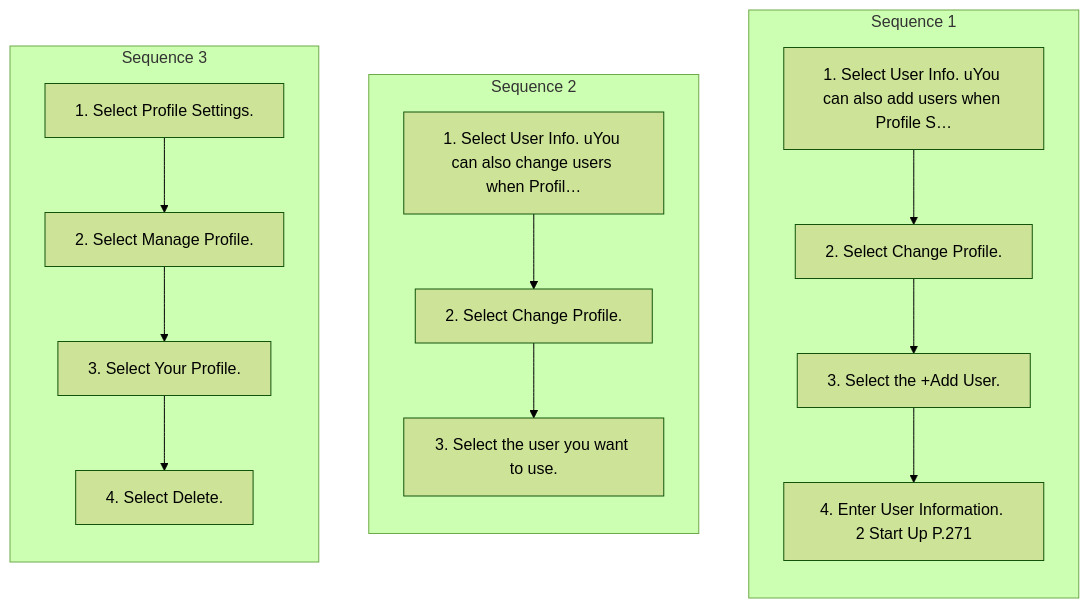
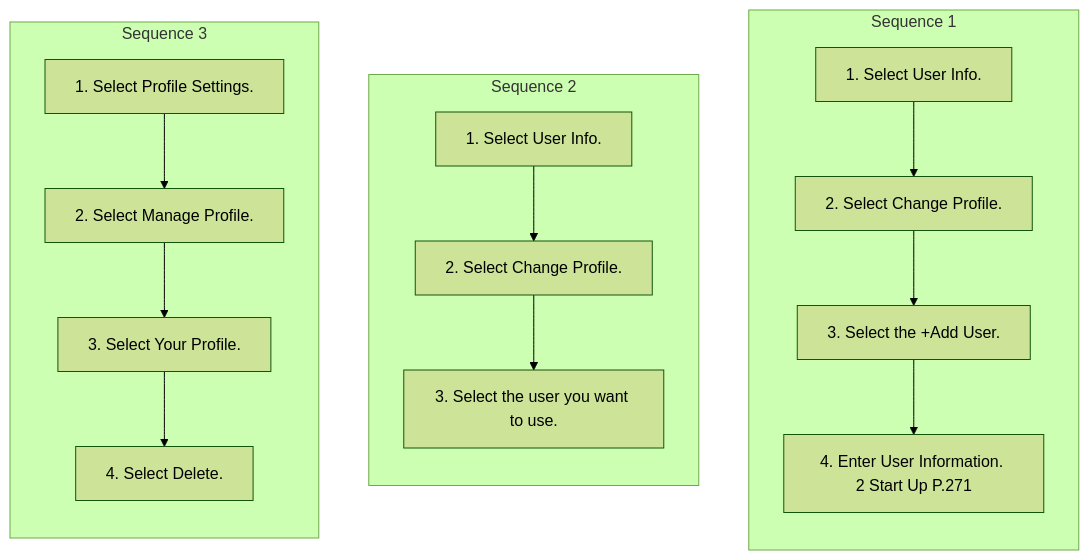
The diagram in workspace/honda/pilot-2026/ivi/published/features/22-user-information.md (Chieko-Y/my-spec-generator), drawn with Mermaid (forest theme) before and after one commit. The commit also changed other lines of this file and 59 other files, not shown here.

````diff
--- a/workspace/honda/pilot-2026/ivi/published/features/22-user-information.md
+++ b/workspace/honda/pilot-2026/ivi/published/features/22-user-information.md
@@ -17,31 +17,31 @@
 ```mermaid
 flowchart TD
     subgraph SEQ1["Sequence 1"]
     direction TB
-    S1_1["1. Select User Info. uYou can also add users when Profile S…"]
+    S1_1["1. Select User Info."]
     S1_2["2. Select Change Profile."]
     S1_3["3. Select the +Add User."]
     S1_4["4. Enter User Information. 2 Start Up P.271"]
     S1_1 --> S1_2
     S1_2 --> S1_3
     S1_3 --> S1_4
     end
     subgraph SEQ2["Sequence 2"]
     direction TB
-    S2_1["1. Select User Info. uYou can also change users when Profil…"]
+    S2_1["1. Select User Info."]
     S2_2["2. Select Change Profile."]
     S2_3["3. Select the user you want to use."]
     S2_1 --> S2_2
     S2_2 --> S2_3
     end
     subgraph SEQ3["Sequence 3"]
     direction TB
     S3_1["1. Select Profile Settings."]
     S3_2["2. Select Manage Profile."]
     S3_3["3. Select Your Profile."]
     S3_4["4. Select Delete."]
     S3_1 --> S3_2
     S3_2 --> S3_3
     S3_3 --> S3_4
     end
 ```
````
